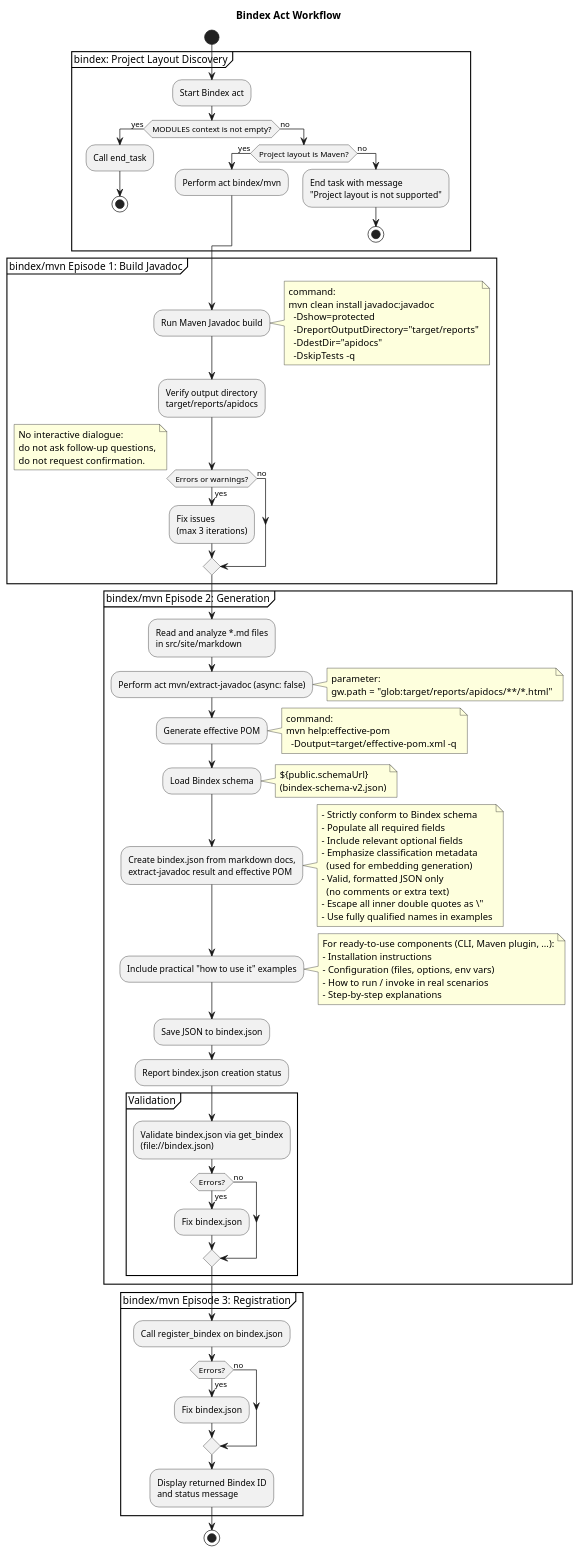
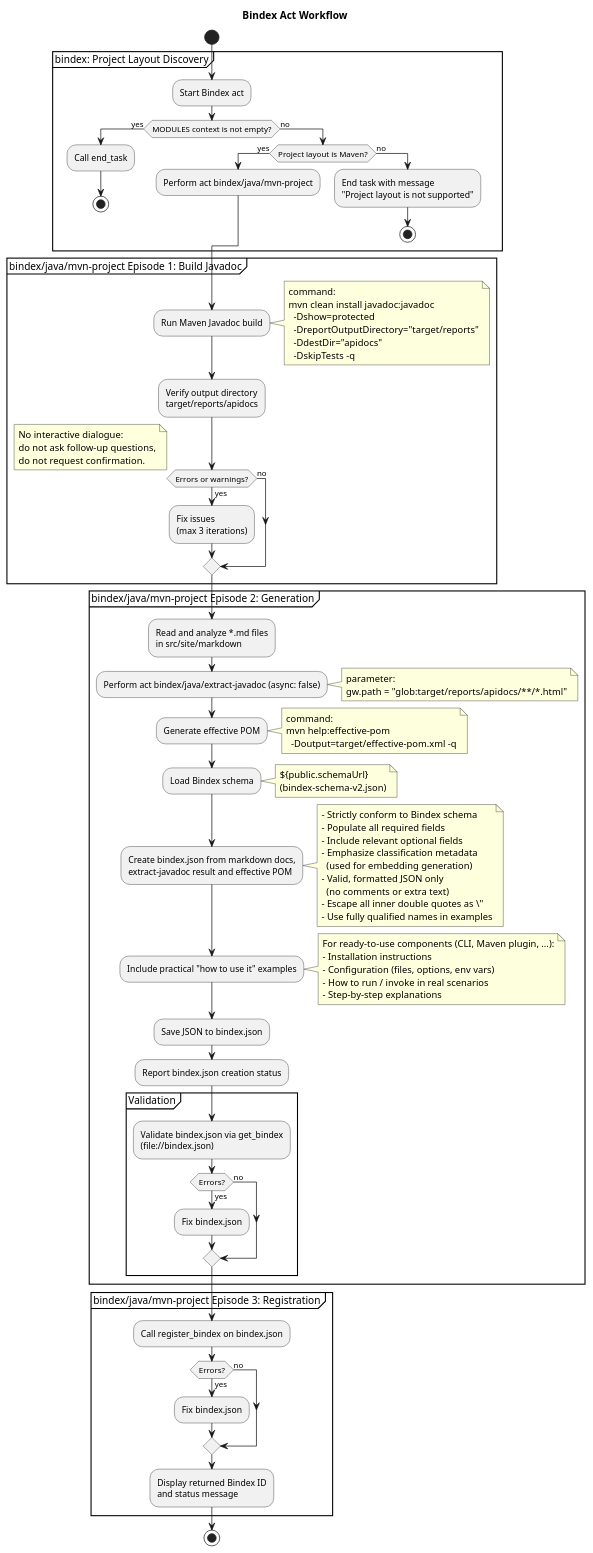
Before and after one commit to machanism-org/machai: the diagram in bindex-core/src/site/puml/bindex-act-workflow.puml, drawn with PlantUML. The commit also changed other lines of this file and 2 other files, not shown here.

Commit message:
updated bindex documentation

```diff
--- a/bindex-core/src/site/puml/bindex-act-workflow.puml
+++ b/bindex-core/src/site/puml/bindex-act-workflow.puml
@@ -5,106 +5,106 @@
 @startuml bindex-workflow
 
 title Bindex Act Workflow
 
 start
 
 partition "bindex: Project Layout Discovery" {
   :Start Bindex act;
   if (MODULES context is not empty?) then (yes)
     :Call end_task;
     stop
   else (no)
     if (Project layout is Maven?) then (yes)
-      :Perform act bindex/mvn;
+      :Perform act bindex/java/mvn-project;
     else (no)
       :End task with message\n"Project layout is not supported";
       stop
     endif
   endif
 }
 
-partition "bindex/mvn Episode 1: Build Javadoc" {
+partition "bindex/java/mvn-project Episode 1: Build Javadoc" {
   :Run Maven Javadoc build;
   note right
     command:
     mvn clean install javadoc:javadoc
       -Dshow=protected
       -DreportOutputDirectory="target/reports"
       -DdestDir="apidocs"
       -DskipTests -q
   end note
   :Verify output directory\ntarget/reports/apidocs;
   if (Errors or warnings?) then (yes)
     :Fix issues\n(max 3 iterations);
   else (no)
   endif
   note right
     No interactive dialogue:
     do not ask follow-up questions,
     do not request confirmation.
   end note
 }
 
-partition "bindex/mvn Episode 2: Generation" {
+partition "bindex/java/mvn-project Episode 2: Generation" {
   :Read and analyze *.md files\nin src/site/markdown;
-  :Perform act mvn/extract-javadoc (async: false);
+  :Perform act bindex/java/extract-javadoc (async: false);
   note right
     parameter:
     gw.path = "glob:target/reports/apidocs/**/*.html"
   end note
   :Generate effective POM;
   note right
     command:
     mvn help:effective-pom
       -Doutput=target/effective-pom.xml -q
   end note
   :Load Bindex schema;
   note right
     ${public.schemaUrl}
     (bindex-schema-v2.json)
   end note
   :Create bindex.json from markdown docs,
   extract-javadoc result and effective POM;
   note right
     - Strictly conform to Bindex schema
     - Populate all required fields
     - Include relevant optional fields
     - Emphasize classification metadata
       (used for embedding generation)
     - Valid, formatted JSON only
       (no comments or extra text)
     - Escape all inner double quotes as \"
     - Use fully qualified names in examples
   end note
   :Include practical "how to use it" examples;
   note right
     For ready-to-use components (CLI, Maven plugin, ...):
     - Installation instructions
     - Configuration (files, options, env vars)
     - How to run / invoke in real scenarios
     - Step-by-step explanations
   end note
   :Save JSON to bindex.json;
   :Report bindex.json creation status;
 
   partition "Validation" {
     :Validate bindex.json via get_bindex\n(file://bindex.json);
     if (Errors?) then (yes)
       :Fix bindex.json;
     else (no)
     endif
   }
 }
 
-partition "bindex/mvn Episode 3: Registration" {
+partition "bindex/java/mvn-project Episode 3: Registration" {
   :Call register_bindex on bindex.json;
   if (Errors?) then (yes)
     :Fix bindex.json;
   else (no)
   endif
   :Display returned Bindex ID\nand status message;
 }
 
 stop
 
 @enduml
```
